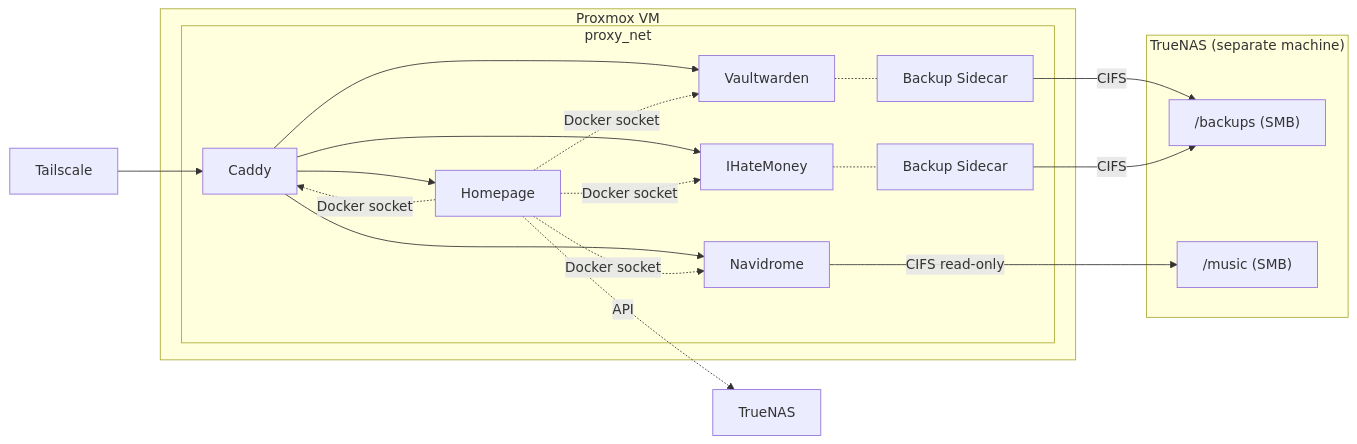
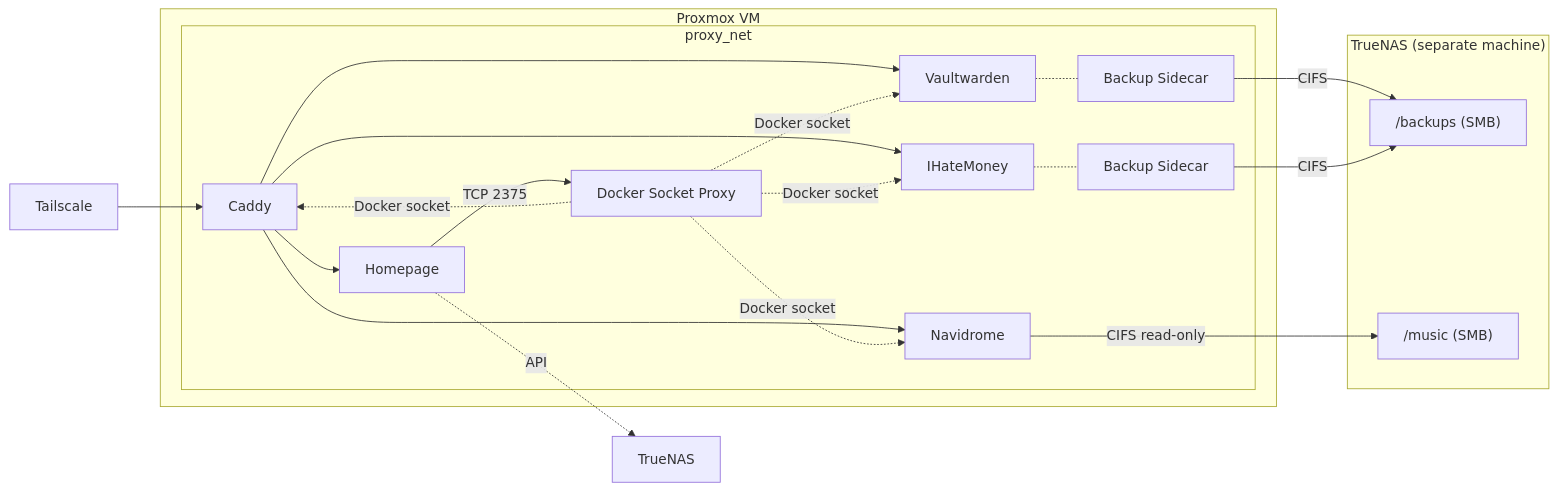
The first of 2 diagrams in README.md (masolnada/homelab), drawn with Mermaid before and after one commit. The commit also changed other lines of this file and 2 other files, not shown here.

Commit message:
feat: add Docker socket proxy for dashboard security
Replace direct Docker socket mount with Tecnativa docker-socket-proxy.
Only containers, images, and networks endpoints are allowed read-only —
all write and dangerous endpoints (exec, commit, etc.) are denied.

````diff
--- a/README.md
+++ b/README.md
@@ -7,30 +7,31 @@
 ```mermaid
 graph LR
     TS[Tailscale] --> Caddy
 
     subgraph VM["Proxmox VM"]
         subgraph proxy_net
             Caddy --> Homepage
             Caddy --> Vaultwarden
             Caddy --> Navidrome
             Caddy --> IHateMoney
-            Homepage -.->|Docker socket| Caddy
-            Homepage -.->|Docker socket| Vaultwarden
-            Homepage -.->|Docker socket| Navidrome
-            Homepage -.->|Docker socket| IHateMoney
+            Homepage -->|TCP 2375| DockerProxy[Docker Socket Proxy]
+            DockerProxy -.->|Docker socket| Caddy
+            DockerProxy -.->|Docker socket| Vaultwarden
+            DockerProxy -.->|Docker socket| Navidrome
+            DockerProxy -.->|Docker socket| IHateMoney
             Vaultwarden -.- Backup[Backup Sidecar]
             IHateMoney -.- IHMBackup[Backup Sidecar]
         end
     end
 
     subgraph NAS["TrueNAS (separate machine)"]
         backups["/backups (SMB)"]
         music["/music (SMB)"]
     end
 
     Homepage -.->|API| TrueNAS
 
     Backup -->|CIFS| backups
     IHMBackup -->|CIFS| backups
     Navidrome -->|CIFS read-only| music
 ```
````
